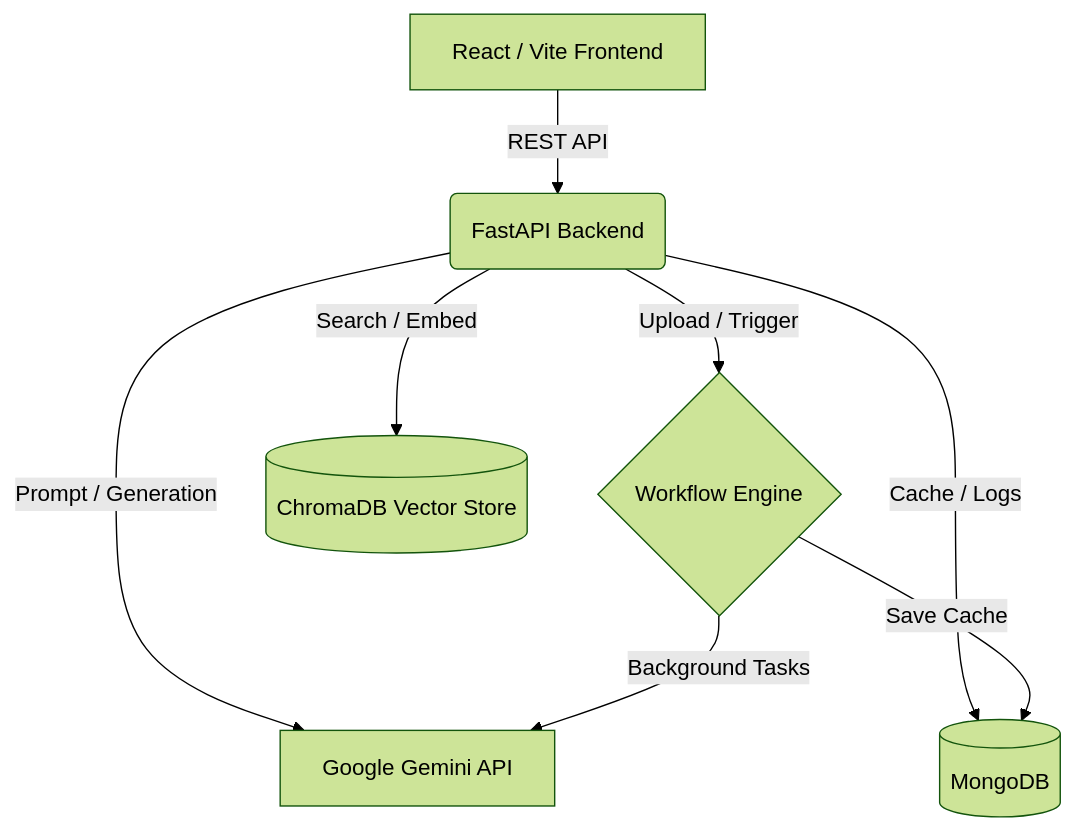
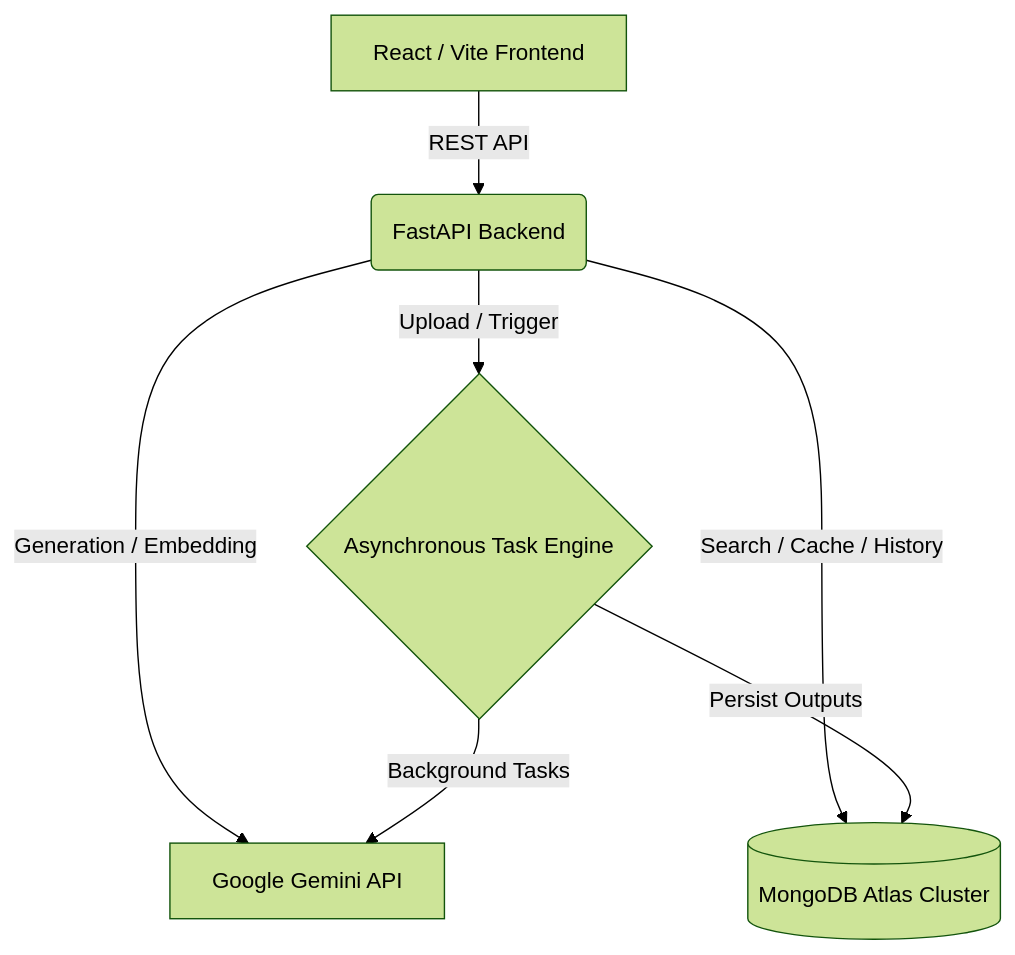
The diagram in README.md (WrishG/DocMind-Workbench), drawn with Mermaid (forest theme) before and after one commit. The commit also changed other lines of this file and 9 other files, not shown here.

````diff
--- a/README.md
+++ b/README.md
@@ -19,10 +49,9 @@
 ```mermaid
 graph TD
     A[React / Vite Frontend] -->|REST API| B(FastAPI Backend)
-    B -->|Upload / Trigger| C{Workflow Engine}
-    B -->|Search / Embed| D[(ChromaDB Vector Store)]
-    B -->|Cache / Logs| E[(MongoDB)]
-    B -->|Prompt / Generation| F[Google Gemini API]
+    B -->|Upload / Trigger| C{Asynchronous Task Engine}
+    B -->|Search / Cache / History| D[(MongoDB Atlas Cluster)]
+    B -->|Generation / Embedding| F[Google Gemini API]
     C -->|Background Tasks| F
-    C -->|Save Cache| E
+    C -->|Persist Outputs| D
 ```
````
